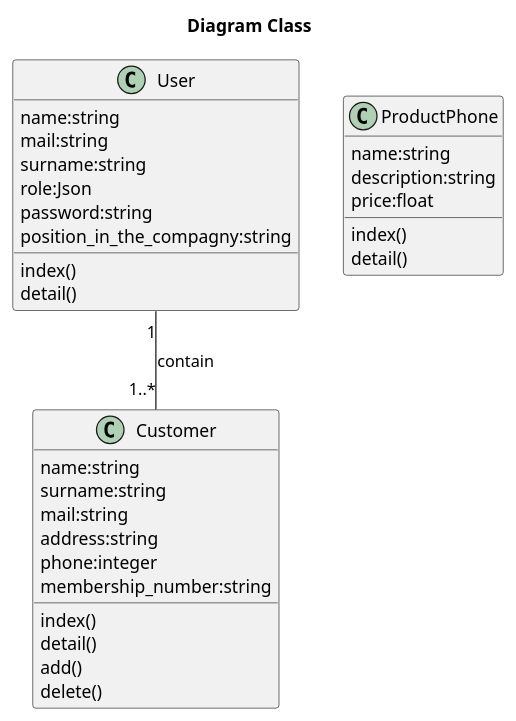
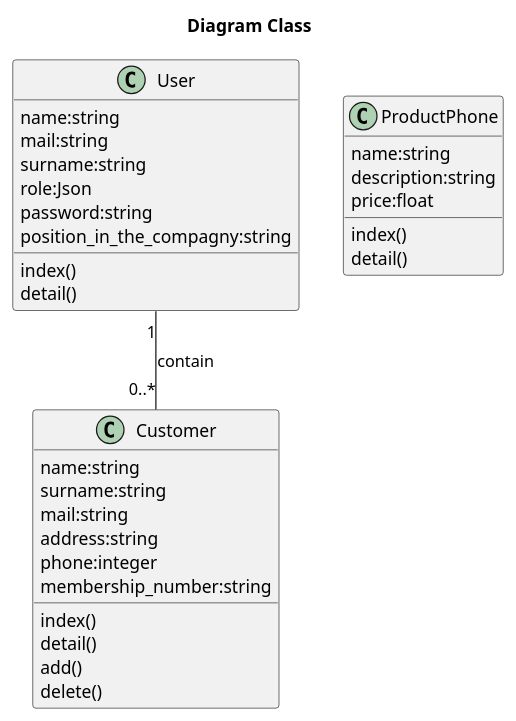
One commit to kenchi-san/api_p7 changed the diagram in UML/class/class.puml. Above: the diagram before and after it, drawn with PlantUML. The commit also changed 3 other files, not shown here.

Commit message:
diagram close #16

```diff
--- a/UML/class/class.puml
+++ b/UML/class/class.puml
@@ -1,45 +1,45 @@
 @startuml
 'https://plantuml.com/class-diagram
 title Diagram Class
 
 class User{
 name:string
 mail:string
 surname:string
 role:Json
 password:string
 position_in_the_compagny:string
 index()
 detail()
 
 }
 
 class Customer{
 name:string
 surname:string
 mail:string
 address:string
 phone:integer
 membership_number:string
 index()
 detail()
 add()
 delete()
 
 }
 
 class ProductPhone{
 name:string
 description:string
 price:float
 index()
 detail()
 }
 
-User "1" -- "1..*" Customer : contain
+User "1" -- "0..*" Customer : contain
 
 
 
 
 
 @enduml
```
